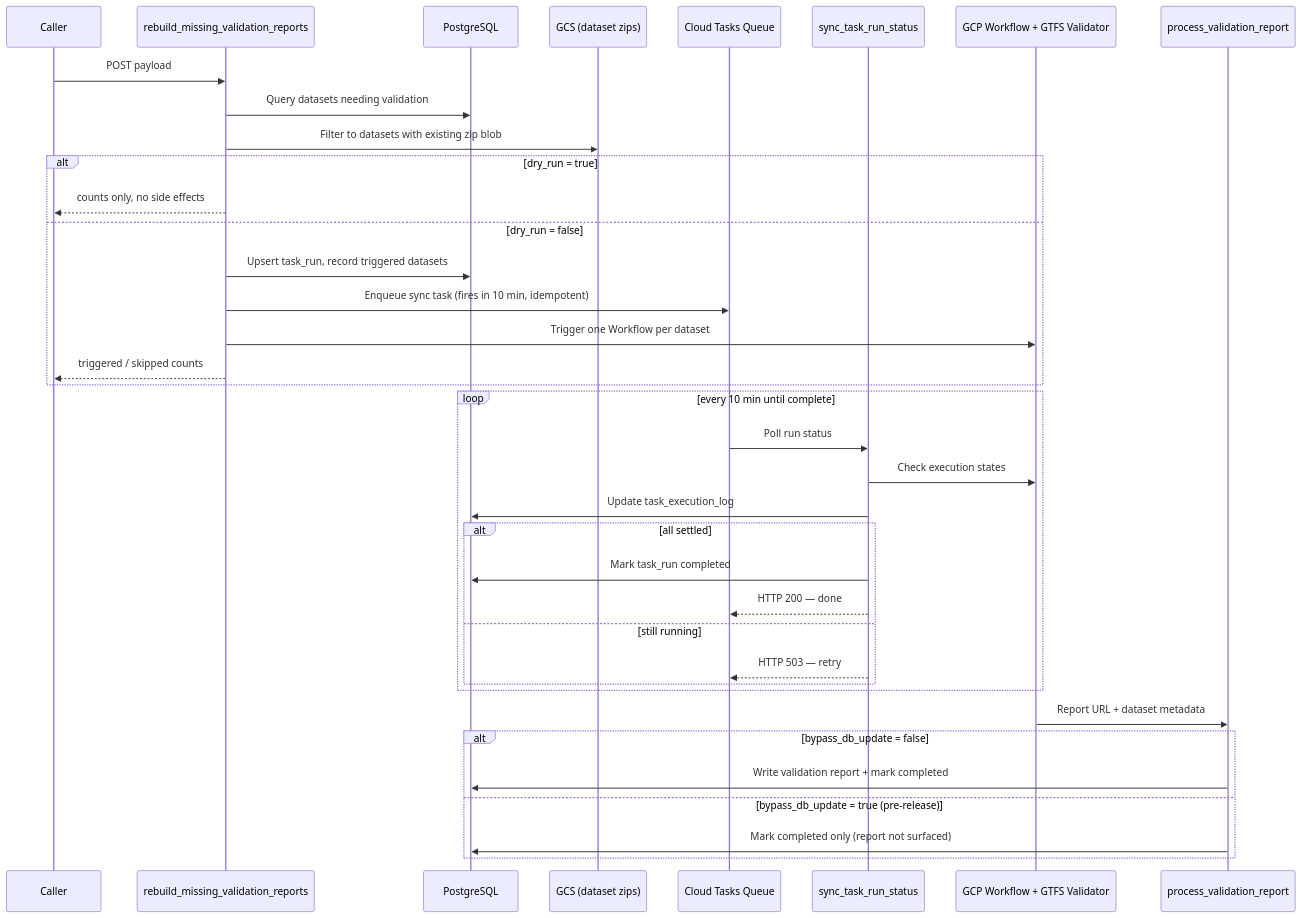
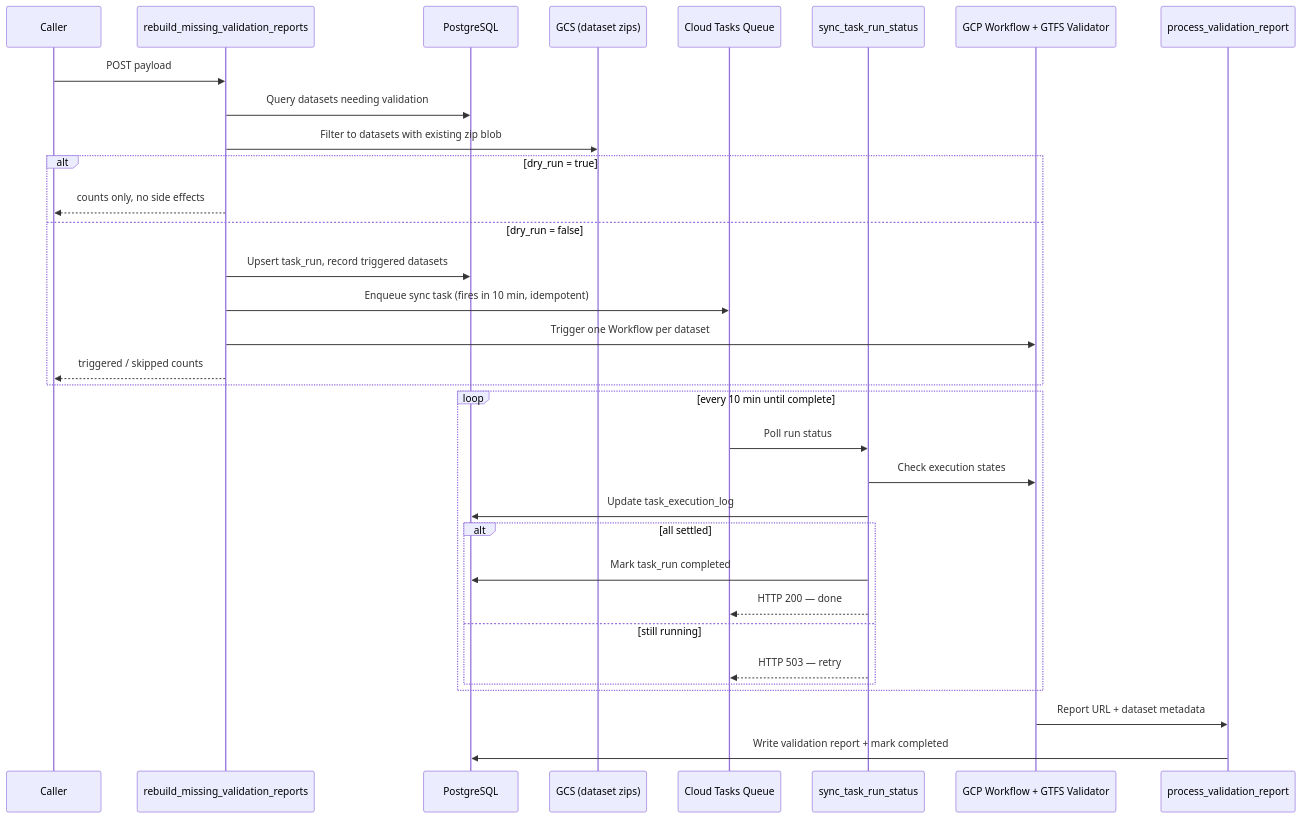
The diagram in functions-python/tasks_executor/src/tasks/validation_reports/README.md (MobilityData/mobility-feed-api), drawn with Mermaid before and after one commit. The commit also changed other lines of this file and 11 other files, not shown here.

Commit message:
update gtfs-validator release doc and remove pre-release process

````diff
--- a/functions-python/tasks_executor/src/tasks/validation_reports/README.md
+++ b/functions-python/tasks_executor/src/tasks/validation_reports/README.md
@@ -14,44 +14,40 @@
 ```mermaid
 sequenceDiagram
     participant Caller as Caller
     participant Rebuild as rebuild_missing_validation_reports
     participant DB as PostgreSQL
     participant GCS as GCS (dataset zips)
     participant CQ as Cloud Tasks Queue
     participant Sync as sync_task_run_status
     participant WF as GCP Workflow + GTFS Validator
     participant PVR as process_validation_report
 
     Caller->>Rebuild: POST payload
 
     Rebuild->>DB: Query datasets needing validation
     Rebuild->>GCS: Filter to datasets with existing zip blob
 
     alt dry_run = true
         Rebuild-->>Caller: counts only, no side effects
     else dry_run = false
         Rebuild->>DB: Upsert task_run, record triggered datasets
         Rebuild->>CQ: Enqueue sync task (fires in 10 min, idempotent)
         Rebuild->>WF: Trigger one Workflow per dataset
         Rebuild-->>Caller: triggered / skipped counts
     end
 
     loop every 10 min until complete
         CQ->>Sync: Poll run status
         Sync->>WF: Check execution states
         Sync->>DB: Update task_execution_log
         alt all settled
             Sync->>DB: Mark task_run completed
             Sync-->>CQ: HTTP 200 — done
         else still running
             Sync-->>CQ: HTTP 503 — retry
         end
     end
 
     WF->>PVR: Report URL + dataset metadata
-    alt bypass_db_update = false
-        PVR->>DB: Write validation report + mark completed
-    else bypass_db_update = true (pre-release)
-        PVR->>DB: Mark completed only (report not surfaced)
-    end
+    PVR->>DB: Write validation report + mark completed
 ```
````
